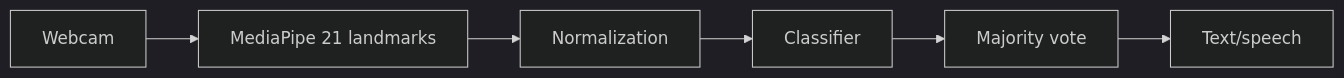
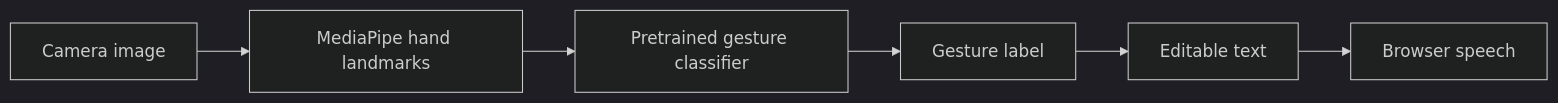
Before and after one commit to yugrajmangate-dev/SignSpeak: the diagram in README.md, drawn with Mermaid (dark theme). The commit also changed other lines of this file and 14 other files, not shown here.

Commit message:
Use attributed pretrained gesture model for recording-free demo

````diff
--- a/README.md
+++ b/README.md
@@ -24,8 +21,8 @@
 ```mermaid
 flowchart LR
-    A[Webcam] --> B[MediaPipe 21 landmarks]
-    B --> C[Normalization]
-    C --> D[Classifier]
-    D --> E[Majority vote]
-    E --> F[Text/speech]
+    A[Camera image] --> B[MediaPipe hand landmarks]
+    B --> C[Pretrained gesture classifier]
+    C --> D[Gesture label]
+    D --> E[Editable text]
+    E --> F[Browser speech]
 ```
````
